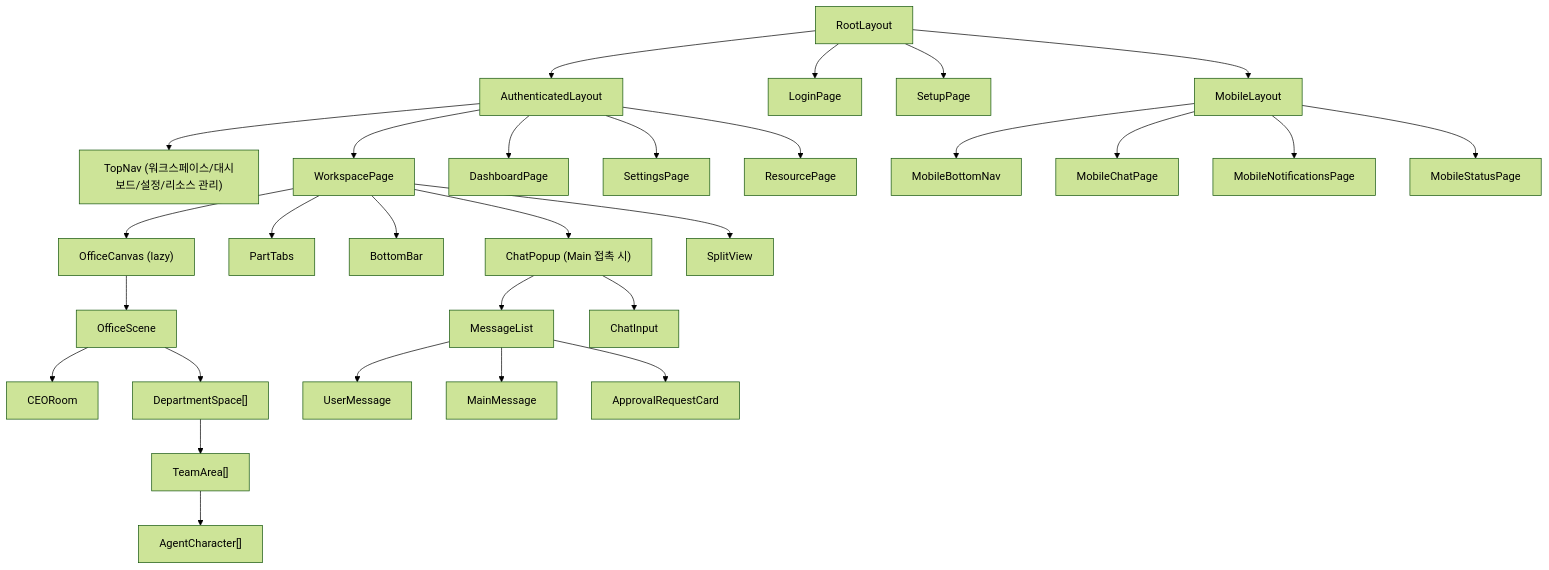
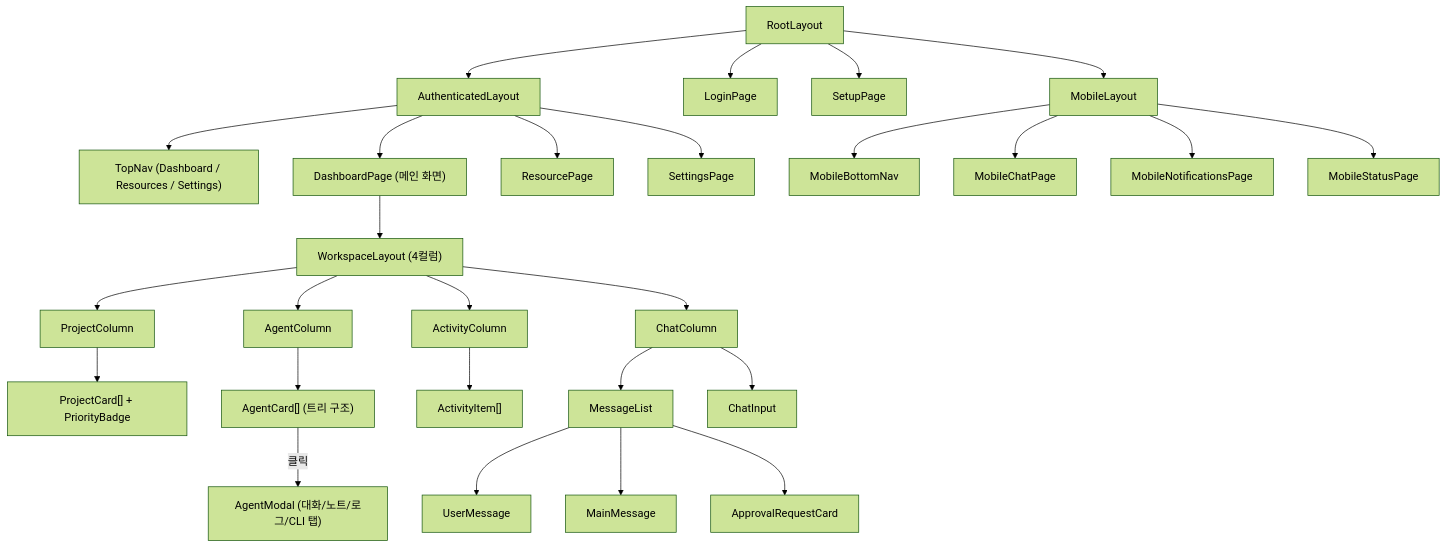
Before and after one commit to Jeonyunjae/ClaudeManager: the second of 7 diagrams in 03_design/🏗️ architecture.md, drawn with Mermaid (forest theme). The commit also changed other lines of this file and 221 other files, not shown here.

````diff
--- a/03_design/🏗️ architecture.md
+++ b/03_design/🏗️ architecture.md
@@ -315,37 +337,35 @@
 ```mermaid
 flowchart TD
     ROOT["RootLayout"]
     ROOT --> AUTH_LAYOUT["AuthenticatedLayout"]
     ROOT --> LOGIN["LoginPage"]
     ROOT --> SETUP["SetupPage"]
     ROOT --> MOBILE_LAYOUT["MobileLayout"]
     
-    AUTH_LAYOUT --> TOP_NAV["TopNav (워크스페이스/대시보드/설정/리소스 관리)"]
-    AUTH_LAYOUT --> OFFICE["WorkspacePage"]
-    AUTH_LAYOUT --> DASHBOARD["DashboardPage"]
+    AUTH_LAYOUT --> TOP_NAV["TopNav (Dashboard / Resources / Settings)"]
+    AUTH_LAYOUT --> DASHBOARD["DashboardPage (메인 화면)"]
+    AUTH_LAYOUT --> RESOURCE["ResourcePage"]
     AUTH_LAYOUT --> SETTINGS_PAGE["SettingsPage"]
-    AUTH_LAYOUT --> RESOURCE["ResourcePage"]
     
-    OFFICE --> OFFICE_CANVAS["OfficeCanvas (lazy)"]
-    OFFICE --> PART_TABS["PartTabs"]
-    OFFICE --> BOTTOM_BAR["BottomBar"]
-    OFFICE --> CHAT_POPUP["ChatPopup (Main 접촉 시)"]
-    OFFICE --> SPLIT_VIEW["SplitView"]
+    DASHBOARD --> WORKSPACE["WorkspaceLayout (4컬럼)"]
+    WORKSPACE --> COL_PROJECT["ProjectColumn"]
+    WORKSPACE --> COL_AGENT["AgentColumn"]
+    WORKSPACE --> COL_ACTIVITY["ActivityColumn"]
+    WORKSPACE --> COL_CHAT["ChatColumn"]
     
-    OFFICE_CANVAS --> SCENE["OfficeScene"]
-    SCENE --> CEO_ROOM["CEORoom"]
-    SCENE --> DEPT["DepartmentSpace[]"]
-    DEPT --> TEAM["TeamArea[]"]
-    TEAM --> CHAR["AgentCharacter[]"]
-    
-    CHAT_POPUP --> MSG_LIST["MessageList"]
-    CHAT_POPUP --> CHAT_INPUT["ChatInput"]
+    COL_PROJECT --> PROJECT_CARD["ProjectCard[] + PriorityBadge"]
+    COL_AGENT --> AGENT_CARD["AgentCard[] (트리 구조)"]
+    COL_ACTIVITY --> ACTIVITY_ITEM["ActivityItem[]"]
+    COL_CHAT --> MSG_LIST["MessageList"]
+    COL_CHAT --> CHAT_INPUT["ChatInput"]
     MSG_LIST --> USER_MSG["UserMessage"]
     MSG_LIST --> MAIN_MSG["MainMessage"]
     MSG_LIST --> APPROVAL_CARD["ApprovalRequestCard"]
+    
+    AGENT_CARD -->|클릭| AGENT_MODAL["AgentModal (대화/노트/로그/CLI 탭)"]
     
     MOBILE_LAYOUT --> M_NAV["MobileBottomNav"]
     MOBILE_LAYOUT --> M_CHAT["MobileChatPage"]
     MOBILE_LAYOUT --> M_NOTIF["MobileNotificationsPage"]
     MOBILE_LAYOUT --> M_STATUS["MobileStatusPage"]
 ```
````
